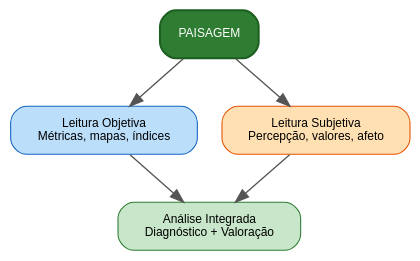
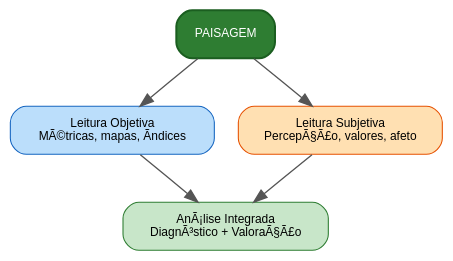
The first of 2 diagrams in aulas/analise_paisagem/aulas/percepcao_valoracao_paisagem/percepcao_valoracao_paisagem.qmd (ldvsantos/cv), drawn with Graphviz before and after one commit. The commit also changed other lines of this file and 466 other files, not shown here.

````diff
--- a/aulas/analise_paisagem/aulas/percepcao_valoracao_paisagem/percepcao_valoracao_paisagem.qmd
+++ b/aulas/analise_paisagem/aulas/percepcao_valoracao_paisagem/percepcao_valoracao_paisagem.qmd
@@ -67,20 +65,20 @@
 ```{dot}
 //| fig-cap: "Duas leituras da mesma paisagem."
 //| fig-width: 5
 digraph {
     rankdir=TB
     bgcolor="transparent"
     node [shape=box, style="rounded,filled", fontname="Helvetica", fontsize=9, margin="0.2,0.1", penwidth=0.8]
     edge [color="#555555", penwidth=1.0]
 
     P [label="PAISAGEM", fillcolor="#2E7D32", fontcolor="white", color="#1B5E20", penwidth=1.5]
-    O [label="Leitura Objetiva\nMétricas, mapas, índices", fillcolor="#BBDEFB", color="#1565C0"]
-    S [label="Leitura Subjetiva\nPercepção, valores, afeto", fillcolor="#FFE0B2", color="#E65100"]
-    I [label="Análise Integrada\nDiagnóstico + Valoração", fillcolor="#C8E6C9", color="#2E7D32"]
+    O [label="Leitura Objetiva\nMÃ©tricas, mapas, Ã­ndices", fillcolor="#BBDEFB", color="#1565C0"]
+    S [label="Leitura Subjetiva\nPercepÃ§Ã£o, valores, afeto", fillcolor="#FFE0B2", color="#E65100"]
+    I [label="AnÃ¡lise Integrada\nDiagnÃ³stico + ValoraÃ§Ã£o", fillcolor="#C8E6C9", color="#2E7D32"]
 
     P -> O
     P -> S
     O -> I
     S -> I
 }
 ```
````
